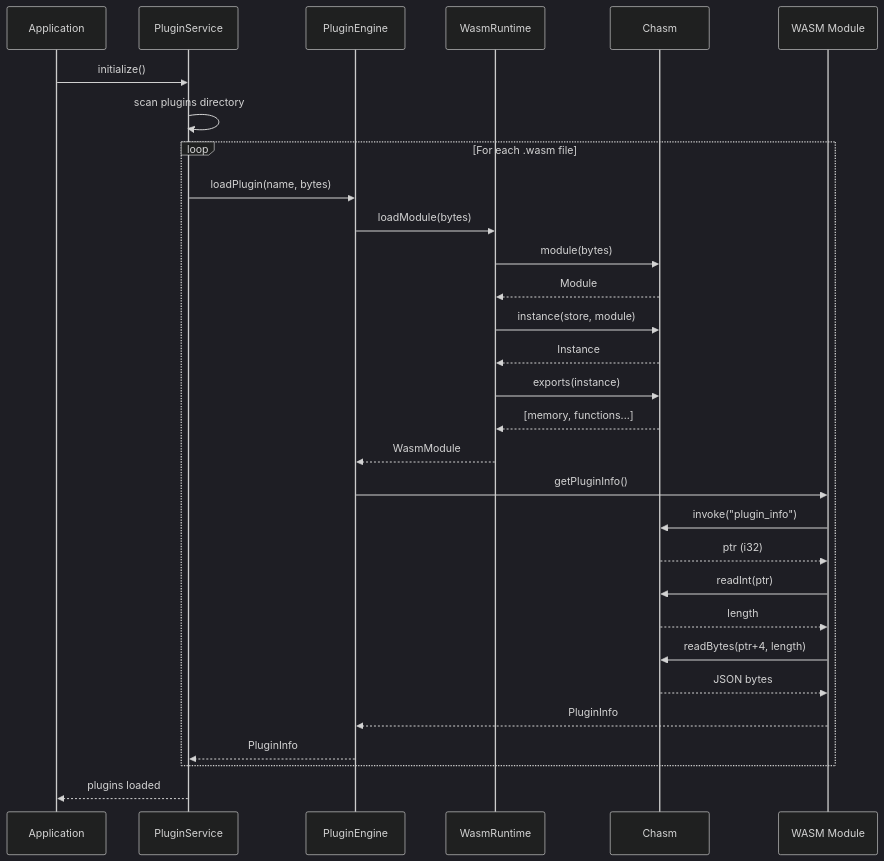
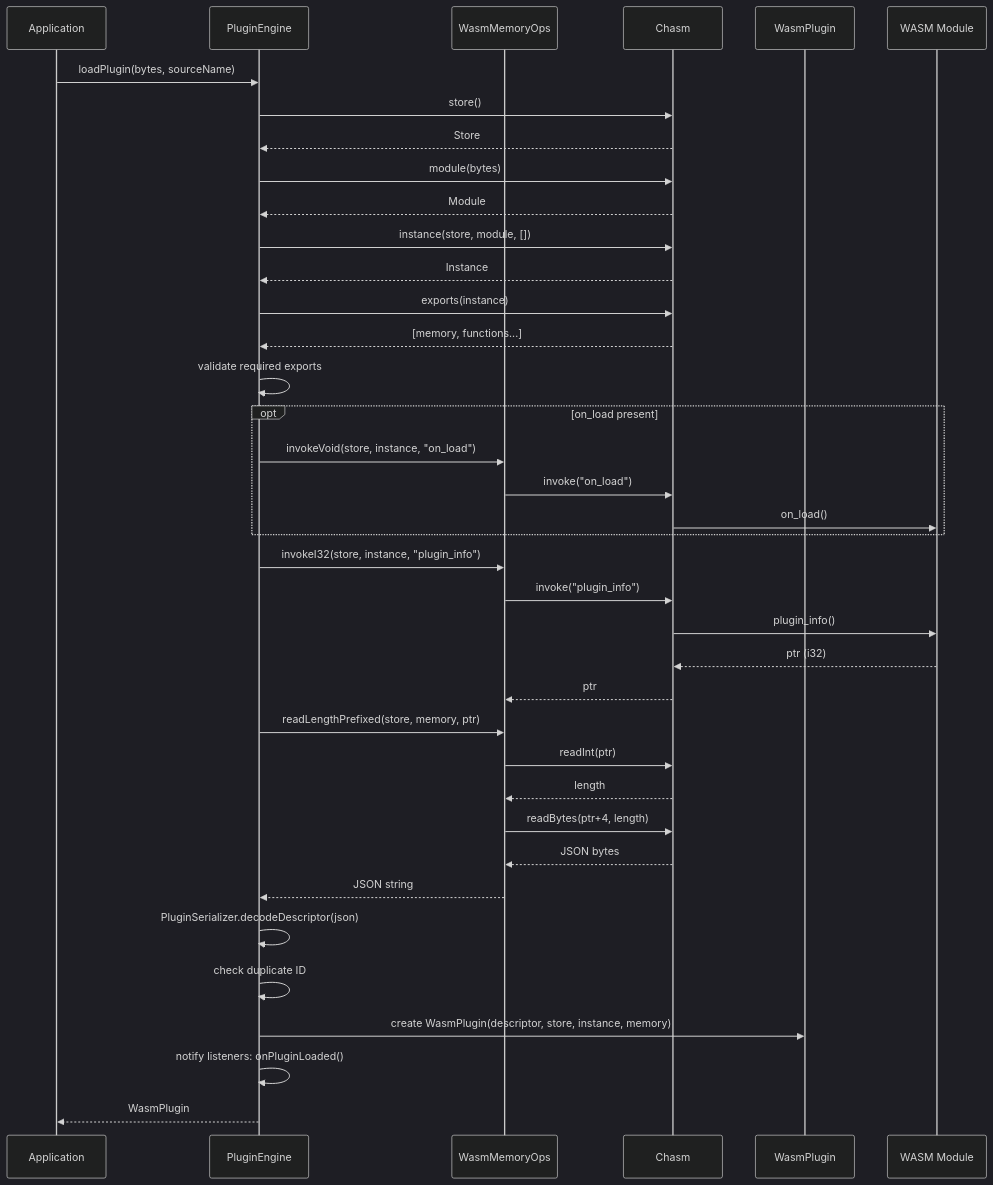
The sixth of 13 diagrams in README.md (michalharakal/wasm-plugin-system), drawn with Mermaid (dark theme) before and after one commit. The commit also changed other lines of this file, not shown here.

First line of the commit message:
Update README to match actual codebase: fix versions, types, and extend diagrams

````diff
--- a/README.md
+++ b/README.md
@@ -122,37 +298,46 @@
 ```mermaid
 sequenceDiagram
     participant App as Application
-    participant PS as PluginService
     participant PE as PluginEngine
-    participant WR as WasmRuntime
+    participant MO as WasmMemoryOps
     participant CH as Chasm
+    participant WP as WasmPlugin
     participant WM as WASM Module
 
-    App->>PS: initialize()
-    PS->>PS: scan plugins directory
+    App->>PE: loadPlugin(bytes, sourceName)
+    PE->>CH: store()
+    CH-->>PE: Store
+    PE->>CH: module(bytes)
+    CH-->>PE: Module
+    PE->>CH: instance(store, module, [])
+    CH-->>PE: Instance
+    PE->>CH: exports(instance)
+    CH-->>PE: [memory, functions...]
 
-    loop For each .wasm file
-        PS->>PE: loadPlugin(name, bytes)
-        PE->>WR: loadModule(bytes)
-        WR->>CH: module(bytes)
-        CH-->>WR: Module
-        WR->>CH: instance(store, module)
-        CH-->>WR: Instance
-        WR->>CH: exports(instance)
-        CH-->>WR: [memory, functions...]
-        WR-->>PE: WasmModule
+    PE->>PE: validate required exports
 
-        PE->>WM: getPluginInfo()
-        WM->>CH: invoke("plugin_info")
-        CH-->>WM: ptr (i32)
-        WM->>CH: readInt(ptr)
-        CH-->>WM: length
-        WM->>CH: readBytes(ptr+4, length)
-        CH-->>WM: JSON bytes
-        WM-->>PE: PluginInfo
-
-        PE-->>PS: PluginInfo
+    opt on_load present
+        PE->>MO: invokeVoid(store, instance, "on_load")
+        MO->>CH: invoke("on_load")
+        CH->>WM: on_load()
     end
 
-    PS-->>App: plugins loaded
+    PE->>MO: invokeI32(store, instance, "plugin_info")
+    MO->>CH: invoke("plugin_info")
+    CH->>WM: plugin_info()
+    WM-->>CH: ptr (i32)
+    CH-->>MO: ptr
+    PE->>MO: readLengthPrefixed(store, memory, ptr)
+    MO->>CH: readInt(ptr)
+    CH-->>MO: length
+    MO->>CH: readBytes(ptr+4, length)
+    CH-->>MO: JSON bytes
+    MO-->>PE: JSON string
+
+    PE->>PE: PluginSerializer.decodeDescriptor(json)
+    PE->>PE: check duplicate ID
+
+    PE->>WP: create WasmPlugin(descriptor, store, instance, memory)
+    PE->>PE: notify listeners: onPluginLoaded()
+    PE-->>App: WasmPlugin
 ```
````
